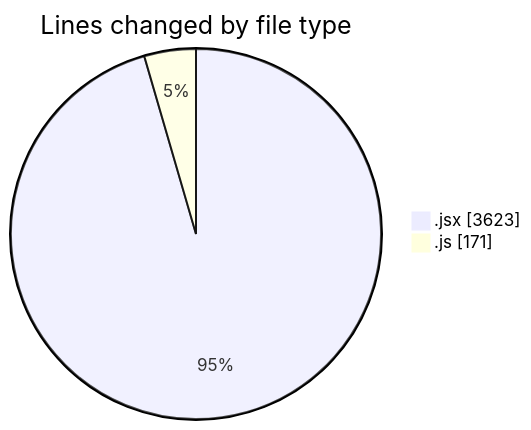
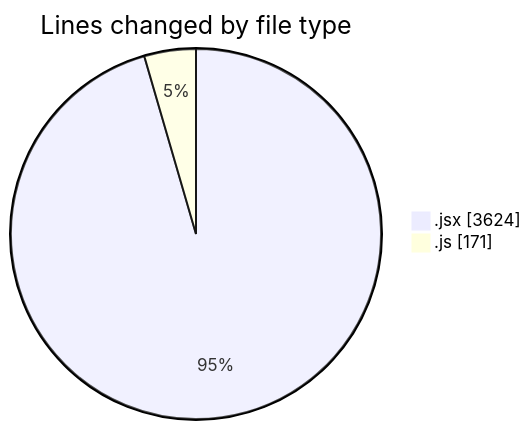
The first of 2 diagrams in 2025-07-09/argos/README.md (nxtqubesakshisongat/code-tracking), drawn with Mermaid before and after one commit. The commit also changed other lines of this file and 1 other file, not shown here.

````diff
--- a/2025-07-09/argos/README.md
+++ b/2025-07-09/argos/README.md
@@ -24,6 +24,6 @@
 ```mermaid
 pie showData
 title Lines changed by file type
-".jsx" : 3623
+".jsx" : 3624
 ".js" : 171
 ```
````
